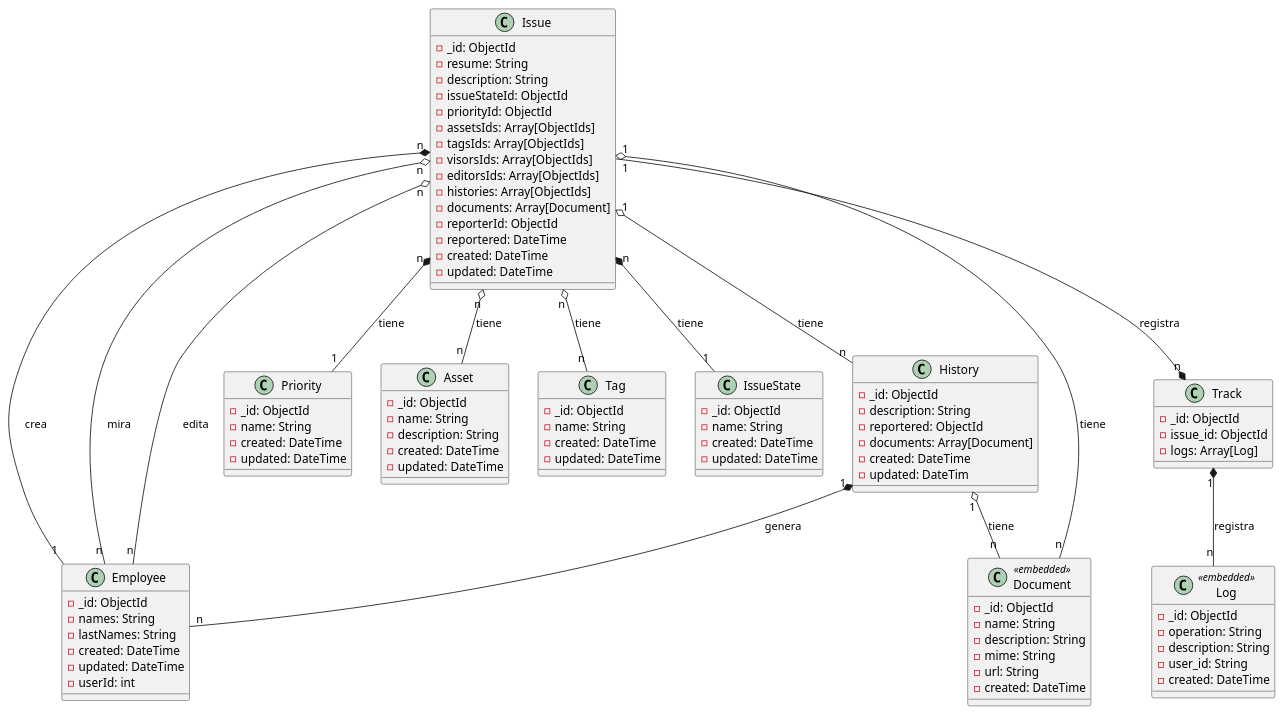
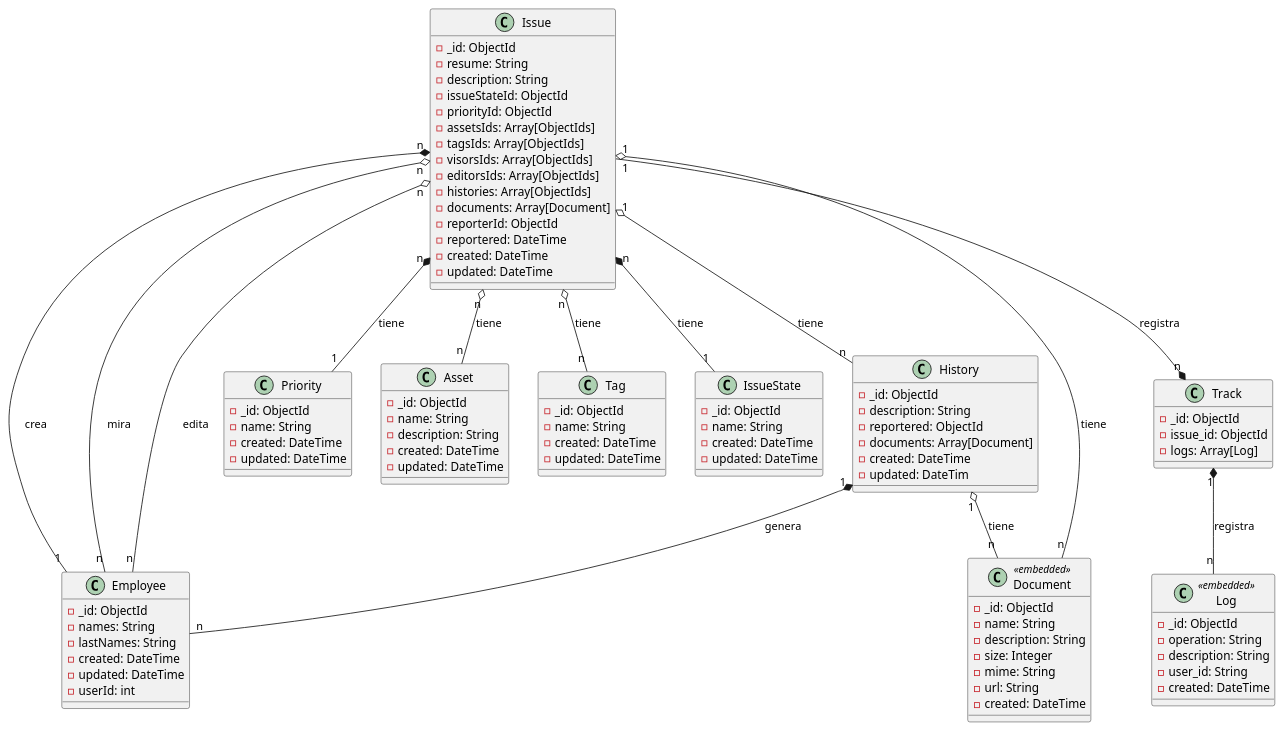
The diagram in docs/class_diagram.puml (pepeul1191/sinatra-tickets-mongodb), drawn with PlantUML before and after one commit. The commit also changed 6 other files, not shown here.

```diff
--- a/docs/class_diagram.puml
+++ b/docs/class_diagram.puml
@@ -1,105 +1,106 @@
 @startuml
 
 class Employee {
   - _id: ObjectId
   - names: String
   - lastNames: String
   - created: DateTime
   - updated: DateTime
   - userId: int
 }
 
 class Priority {
   - _id: ObjectId
   - name: String
   - created: DateTime
   - updated: DateTime
 }
 
 class Asset {
   - _id: ObjectId
   - name: String
   - description: String
   - created: DateTime
   - updated: DateTime
 }
 
 class Tag{
   - _id: ObjectId
   - name: String
   - created: DateTime
   - updated: DateTime
 }
 
 class IssueState {
   - _id: ObjectId
   - name: String
   - created: DateTime
   - updated: DateTime
 }
 
 class Issue {
   - _id: ObjectId
   - resume: String
   - description: String
   - issueStateId: ObjectId
   - priorityId: ObjectId
   - assetsIds: Array[ObjectIds]
   - tagsIds: Array[ObjectIds]
   - visorsIds: Array[ObjectIds]
   - editorsIds: Array[ObjectIds]
   - histories: Array[ObjectIds]
   - documents: Array[Document]
   - reporterId: ObjectId
   - reportered: DateTime
   - created: DateTime
   - updated: DateTime
 }
 
 class History {
   - _id: ObjectId
   - description: String
   - reportered: ObjectId
   - documents: Array[Document]
   - created: DateTime
   - updated: DateTim
 }
 
 class Document <<embedded>>{
   - _id: ObjectId
   - name: String
   - description: String
+  - size: Integer
   - mime: String
   - url: String
   - created: DateTime
 }
 
 class Track {
   - _id: ObjectId
   - issue_id: ObjectId
   - logs: Array[Log]
 }
 
 class Log <<embedded>>{
   - _id: ObjectId
   - operation: String
   - description: String
   - user_id: String
   - created: DateTime
 }
 
 Issue "n" *-- "1" Employee : crea
 Issue "n" o-- "n" Employee : mira
 Issue "n" o-- "n" Employee : edita
 Issue "n" *-- "1" IssueState : tiene
 Issue "n" *-- "1" Priority : tiene
 Issue "n" o-- "n" Asset : tiene
 Issue "n" o-- "n" Tag : tiene
 Issue "1" o-- "n" History : tiene
 Issue "1" o-- "n" Document : tiene
 History "1" o-- "n" Document : tiene
 History "1" *-- "n" Employee : genera
 Track "1" *-- "n" Log : registra
 Issue "1" --* "n" Track : registra
 
 @enduml
```
